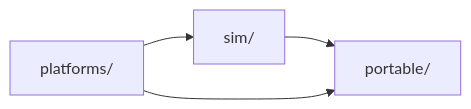
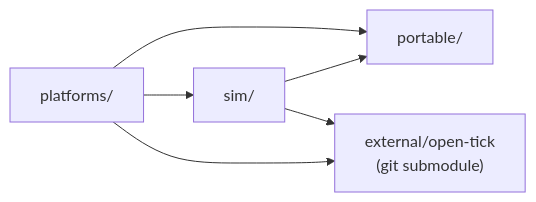
Before and after one commit to Open-Heavy-Machinery/open-crank: the second of 2 diagrams in ARCHITECTURE.md, drawn with Mermaid. The commit also changed other lines of this file and 3 other files, not shown here.

First line of the commit message:
docs: open-tick in the architecture, README, roadmap and changelog

````diff
--- a/ARCHITECTURE.md
+++ b/ARCHITECTURE.md
@@ -46,9 +46,12 @@
 ```mermaid
 flowchart LR
     P["portable/"]
     S["sim/"]
     F["platforms/"]
+    T["external/open-tick<br/>(git submodule)"]
     S --> P
     F --> P
     F --> S
+    S --> T
+    F --> T
 ```
````
